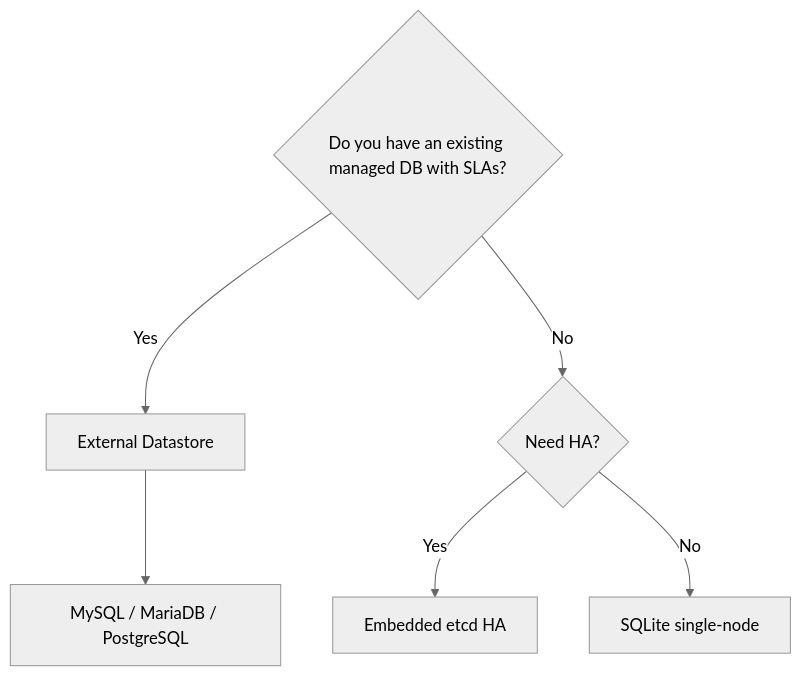
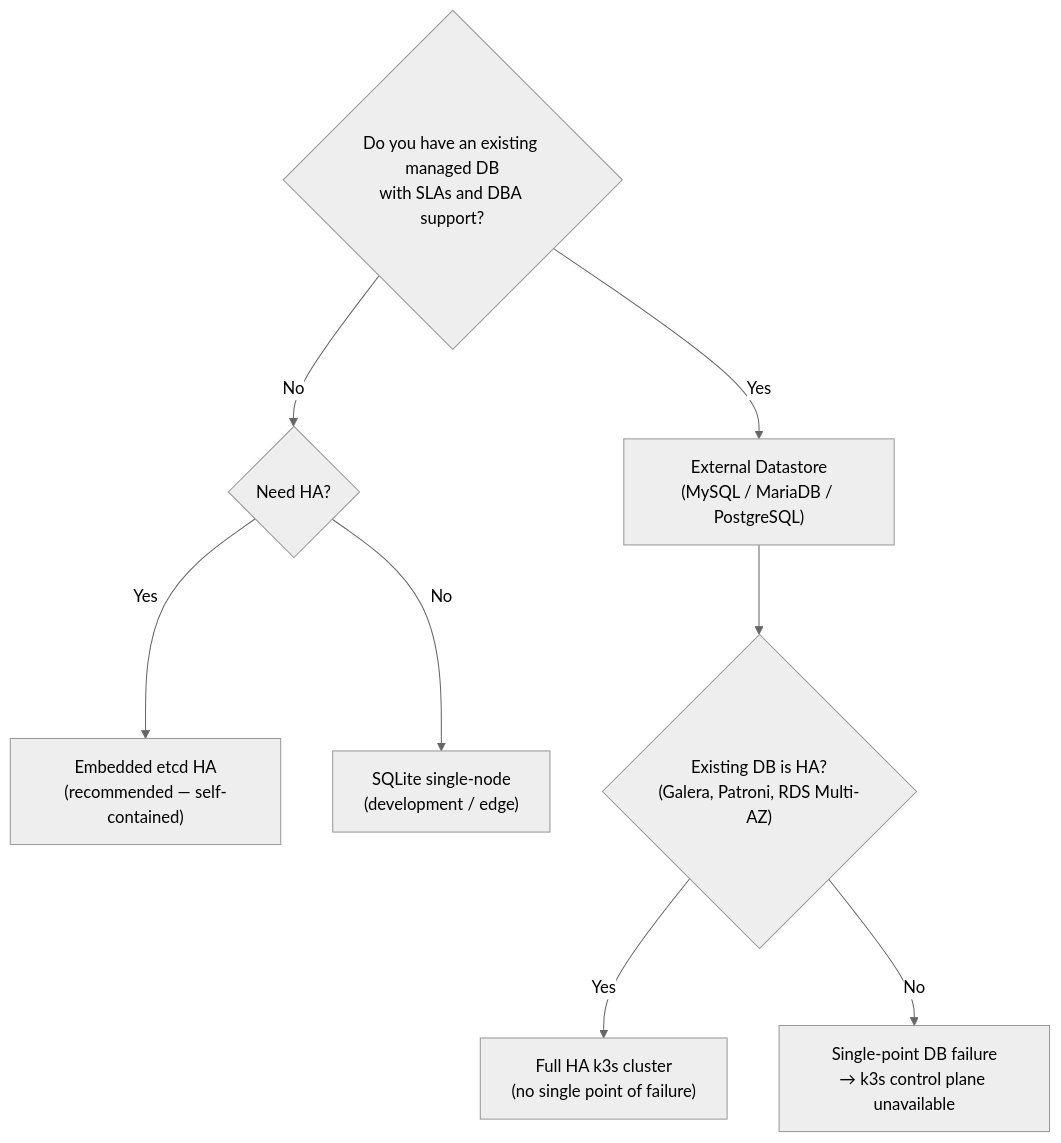
One commit to UncleJS/course_k3s changed the second of 6 diagrams in 06_multi_node_cluster/03_external_datastore.md. Above: the diagram before and after it, drawn with Mermaid (neutral theme). The commit also changed other lines of this file and 45 other files, not shown here.

First line of the commit message:
Expand all course lessons: Mermaid diagrams + rich prose across 43 files

````diff
--- a/06_multi_node_cluster/03_external_datastore.md
+++ b/06_multi_node_cluster/03_external_datastore.md
@@ -33,8 +49,10 @@
 ```mermaid
 flowchart TD
-    A{Do you have an existing managed DB with SLAs?} -->|Yes| B[External Datastore]
-    A -->|No| C{Need HA?}
-    C -->|Yes| D[Embedded etcd HA]
-    C -->|No| E[SQLite single-node]
-    B --> F[MySQL / MariaDB / PostgreSQL]
+    A{"Do you have an existing managed DB<br/>with SLAs and DBA support?"} -->|Yes| B["External Datastore<br/>(MySQL / MariaDB / PostgreSQL)"]
+    A -->|No| C{"Need HA?"}
+    C -->|Yes| D["Embedded etcd HA<br/>(recommended — self-contained)"]
+    C -->|No| E["SQLite single-node<br/>(development / edge)"]
+    B --> F{"Existing DB is HA?<br/>(Galera, Patroni, RDS Multi-AZ)"}
+    F -->|Yes| G["Full HA k3s cluster<br/>(no single point of failure)"]
+    F -->|No| H["Single-point DB failure<br/>→ k3s control plane unavailable"]
 ```
````
